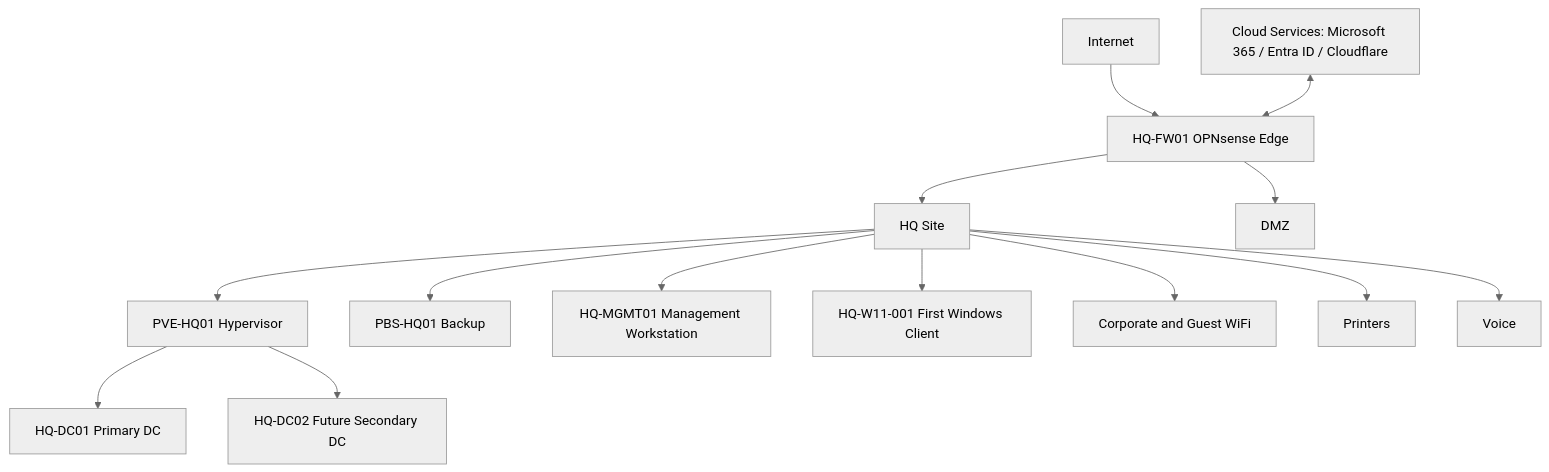
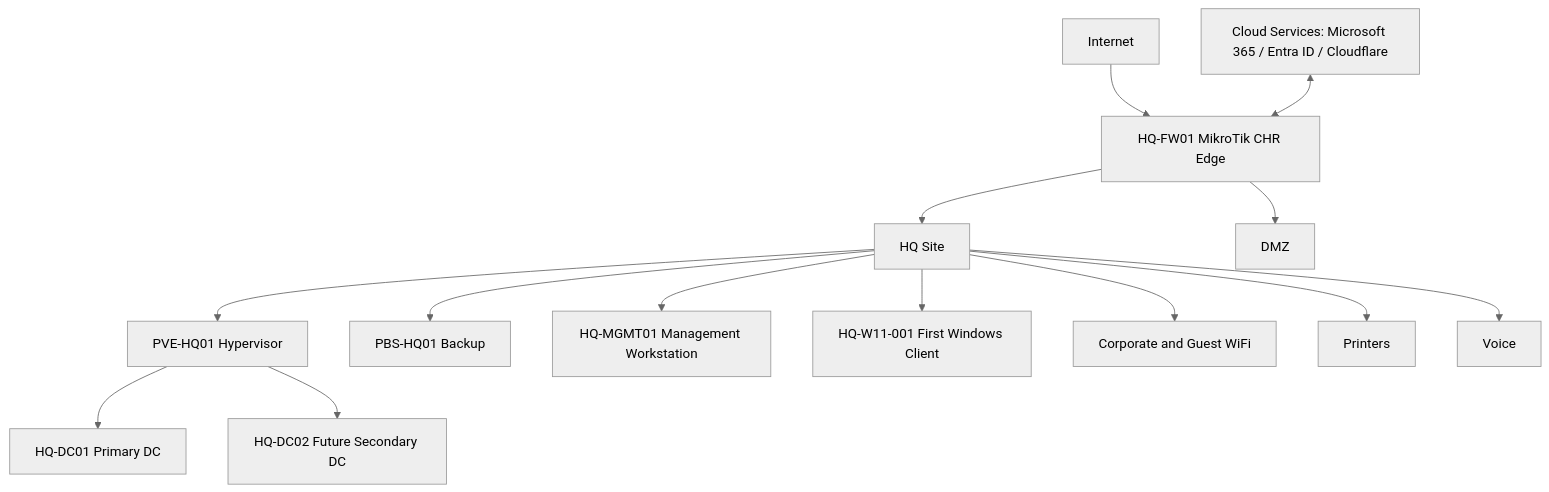
One commit to gntech-dev/geil-enterprise-docs changed the first of 6 diagrams in docs/architecture/enterprise-lab-blueprint.md. Above: the diagram before and after it, drawn with Mermaid (neutral theme). The commit also changed 37 other files, not shown here.

````diff
--- a/docs/architecture/enterprise-lab-blueprint.md
+++ b/docs/architecture/enterprise-lab-blueprint.md
@@ -59,31 +59,31 @@
 ```mermaid
 flowchart TD
     Internet[Internet]
     Cloud[Cloud Services: Microsoft 365 / Entra ID / Cloudflare]
-    Edge[HQ-FW01 OPNsense Edge]
+    Edge[HQ-FW01 MikroTik CHR Edge]
     HQ[HQ Site]
     PVE[PVE-HQ01 Hypervisor]
     PBS[PBS-HQ01 Backup]
     DC1[HQ-DC01 Primary DC]
     DC2[HQ-DC02 Future Secondary DC]
     MGMT[HQ-MGMT01 Management Workstation]
     W11[HQ-W11-001 First Windows Client]
     WiFi[Corporate and Guest WiFi]
     Printers[Printers]
     Voice[Voice]
     DMZ[DMZ]
 
     Internet --> Edge
     Cloud <--> Edge
     Edge --> HQ
     HQ --> PVE
     HQ --> PBS
     PVE --> DC1
     PVE --> DC2
     HQ --> MGMT
     HQ --> W11
     HQ --> WiFi
     HQ --> Printers
     HQ --> Voice
     Edge --> DMZ
 ```
````
